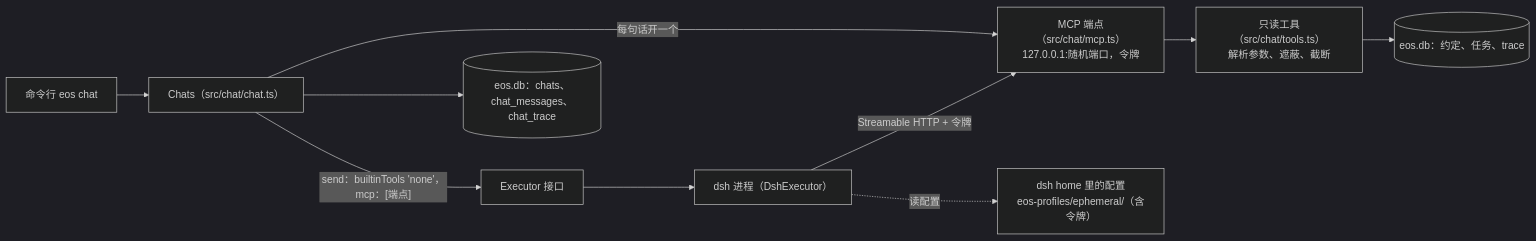
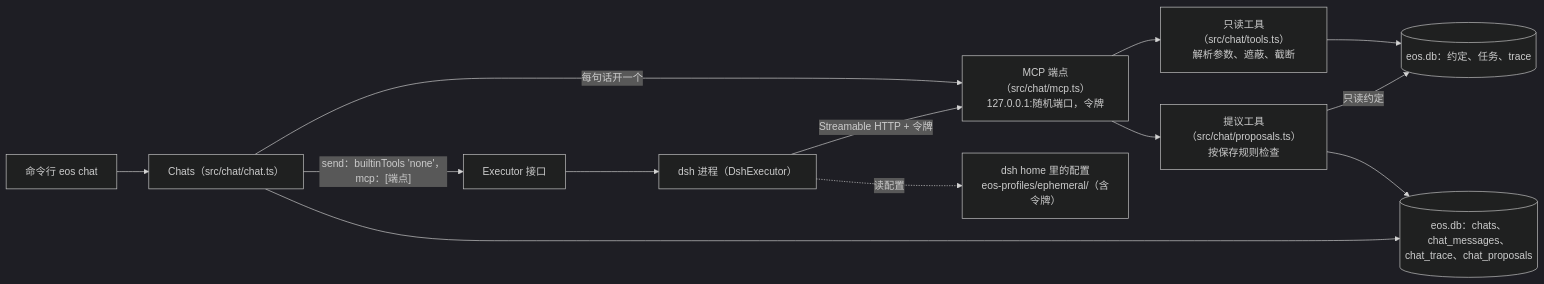
Before and after one commit to Izelzzz/Eos-workbench: the diagram in docs/adr/008-chat-agent.md, drawn with Mermaid (dark theme). The commit also changed other lines of this file and 13 other files, not shown here.

````diff
--- a/docs/adr/008-chat-agent.md
+++ b/docs/adr/008-chat-agent.md
@@ -29,12 +30,15 @@
 ```mermaid
 flowchart LR
   user["命令行 eos chat"] --> chats["Chats（src/chat/chat.ts）"]
   chats -->|每句话开一个| ep["MCP 端点（src/chat/mcp.ts）<br/>127.0.0.1:随机端口，令牌"]
   chats -->|"send：builtinTools 'none'，mcp：[端点]"| ex["Executor 接口"]
   ex --> dsh["dsh 进程（DshExecutor）"]
   dsh -->|Streamable HTTP + 令牌| ep
   ep --> tools["只读工具（src/chat/tools.ts）<br/>解析参数、遮蔽、截断"]
+  ep --> propose["提议工具（src/chat/proposals.ts）<br/>按保存规则检查"]
   tools --> db[("eos.db：约定、任务、trace")]
-  chats --> chatdb[("eos.db：chats、chat_messages、chat_trace")]
+  propose -->|只读约定| db
+  propose --> chatdb
+  chats --> chatdb[("eos.db：chats、chat_messages、chat_trace、chat_proposals")]
   dsh -. 读配置 .-> patch["dsh home 里的配置<br/>eos-profiles/ephemeral/（含令牌）"]
 ```
````
